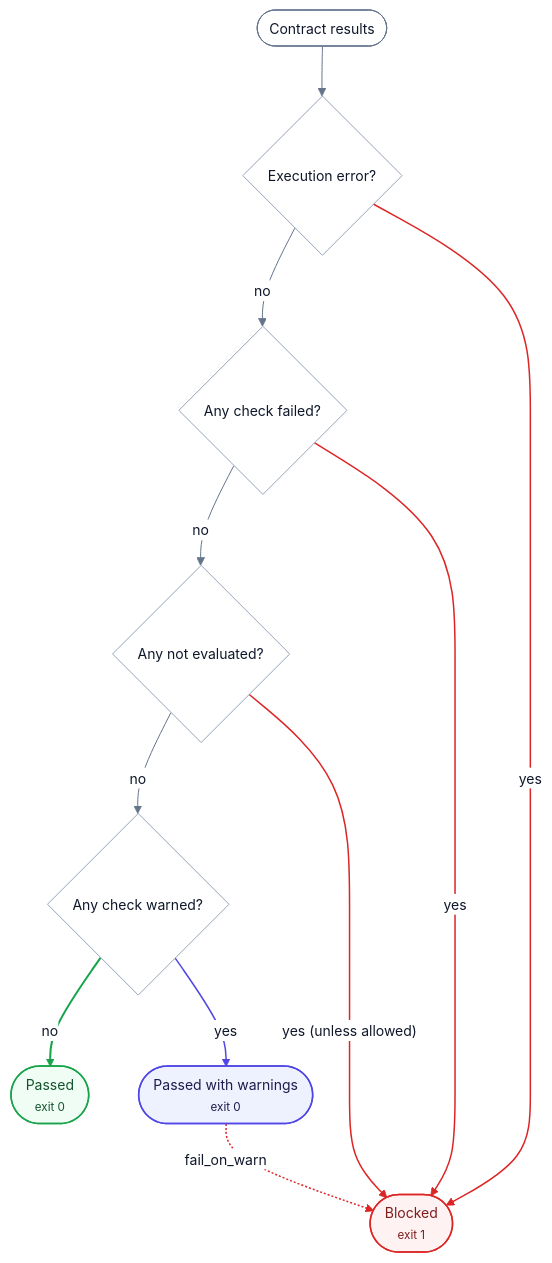
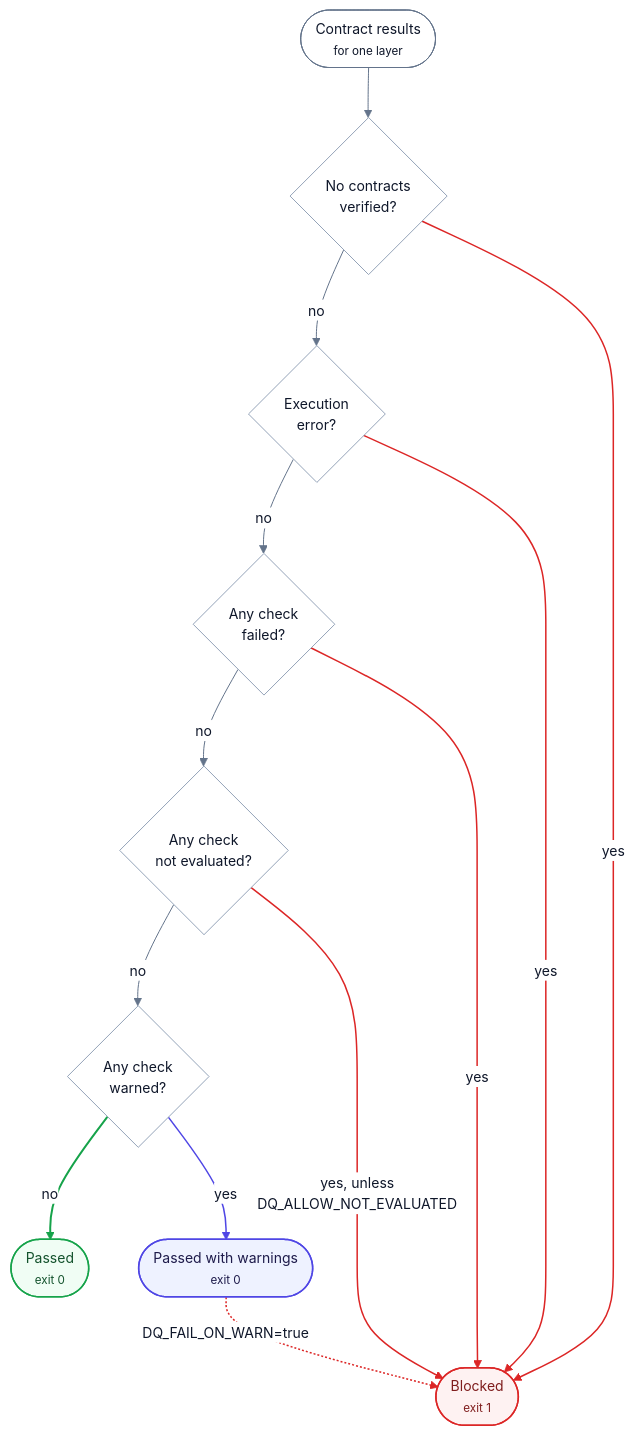
Before and after one commit to santoshshinde2012/lakehouse-quality-gates: the fourth of 10 diagrams in docs/system-design.md, drawn with Mermaid. The commit also changed other lines of this file and 63 other files, not shown here.

First line of the commit message:
docs: restructure documentation and diagrams

````diff
--- a/docs/system-design.md
+++ b/docs/system-design.md
@@ -463,31 +507,38 @@
 ```mermaid
 %%{init: {'theme':'base','themeVariables':{'fontFamily':'Inter, system-ui, -apple-system, Segoe UI, Helvetica, Arial, sans-serif','fontSize':'14px','primaryColor':'#ffffff','primaryTextColor':'#0f172a','primaryBorderColor':'#94a3b8','secondaryColor':'#f8fafc','tertiaryColor':'#f8fafc','lineColor':'#64748b','textColor':'#0f172a','clusterBkg':'#f8fafc','clusterBorder':'#cbd5e1','titleColor':'#334155','edgeLabelBackground':'#ffffff','noteBkgColor':'#f8fafc','noteTextColor':'#0f172a','noteBorderColor':'#cbd5e1','actorBkg':'#ffffff','actorBorder':'#94a3b8','actorTextColor':'#0f172a','actorLineColor':'#94a3b8','signalColor':'#475569','signalTextColor':'#0f172a','labelBoxBkgColor':'#f8fafc','labelBoxBorderColor':'#94a3b8','labelTextColor':'#0f172a','loopTextColor':'#0f172a','activationBkgColor':'#eef2ff','activationBorderColor':'#4f46e5','sequenceNumberColor':'#ffffff','classText':'#0f172a','xyChart':{'backgroundColor':'#ffffff','plotColorPalette':'#4f46e5, #d97706, #0d9488','titleColor':'#0f172a','xAxisLabelColor':'#334155','yAxisLabelColor':'#334155','xAxisLineColor':'#94a3b8','yAxisLineColor':'#94a3b8'}}}}%%
+%% Title: Gate policy decision flow
+%% Purpose: How GatePolicy turns check outcomes into passed, passed with warnings or blocked
+%% Last updated: 2026-10-13
+%% Theme: docs/diagrams/THEME.md (shared init line above). Edit here, then run: make diagrams
 flowchart TB
-  IN(["Contract results"]):::actor
-  E{"Execution error?"}:::node
-  F{"Any check failed?"}:::node
-  N{"Any not evaluated?"}:::node
-  W{"Any check warned?"}:::node
+  IN(["Contract results<br/><small>for one layer</small>"]):::actor
+  Z{"No contracts<br/>verified?"}:::node
+  E{"Execution<br/>error?"}:::node
+  F{"Any check<br/>failed?"}:::node
+  N{"Any check<br/>not evaluated?"}:::node
+  W{"Any check<br/>warned?"}:::node
   B(["Blocked<br/><small>exit 1</small>"]):::blocked
   PW(["Passed with warnings<br/><small>exit 0</small>"]):::ours
   P(["Passed<br/><small>exit 0</small>"]):::pass
-  IN --> E
+  IN --> Z
+  Z -->|no| E
   E -->|no| F
   F -->|no| N
   N -->|no| W
   W -->|no| P
   W -->|yes| PW
+  Z -->|yes| B
   E -->|yes| B
   F -->|yes| B
-  N -->|"yes (unless allowed)"| B
-  PW -. "fail_on_warn" .-> B
+  N -->|"yes, unless<br/>DQ_ALLOW_NOT_EVALUATED"| B
+  PW -. "DQ_FAIL_ON_WARN=true" .-> B
   classDef node fill:#ffffff,stroke:#94a3b8,stroke-width:1px,color:#0f172a
   classDef store fill:#f1f5f9,stroke:#64748b,stroke-width:1px,color:#0f172a
   classDef ours fill:#eef2ff,stroke:#4f46e5,stroke-width:1.5px,color:#1e1b4b
   classDef actor fill:#ffffff,stroke:#64748b,stroke-width:1px,color:#0f172a
   classDef blocked fill:#fef2f2,stroke:#dc2626,stroke-width:1.5px,color:#7f1d1d
   classDef pass fill:#f0fdf4,stroke:#16a34a,stroke-width:1.5px,color:#14532d
-  linkStyle 5 stroke:#4f46e5,stroke-width:1.5px
-  linkStyle 4 stroke:#16a34a,stroke-width:2px
-  linkStyle 6,7,8,9 stroke:#dc2626,stroke-width:1.5px
+  linkStyle 5 stroke:#16a34a,stroke-width:2px
+  linkStyle 6 stroke:#4f46e5,stroke-width:1.5px
+  linkStyle 7,8,9,10,11 stroke:#dc2626,stroke-width:1.5px
 ```
````
